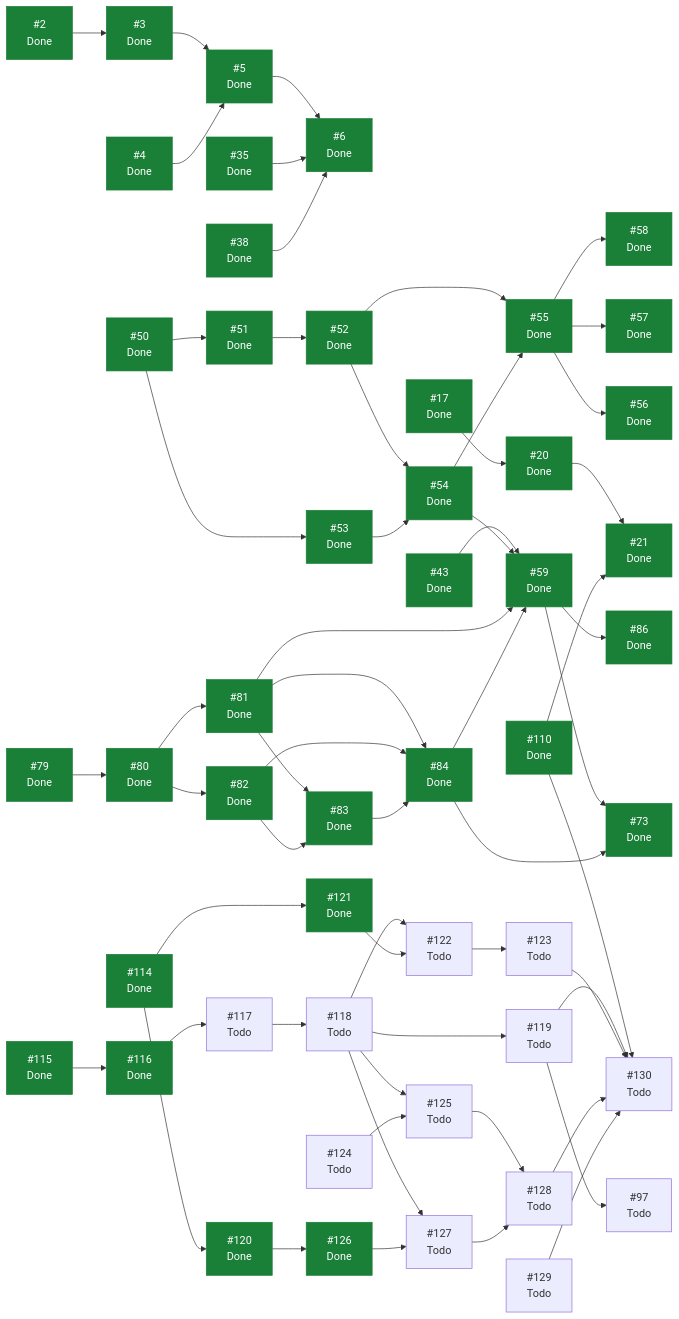
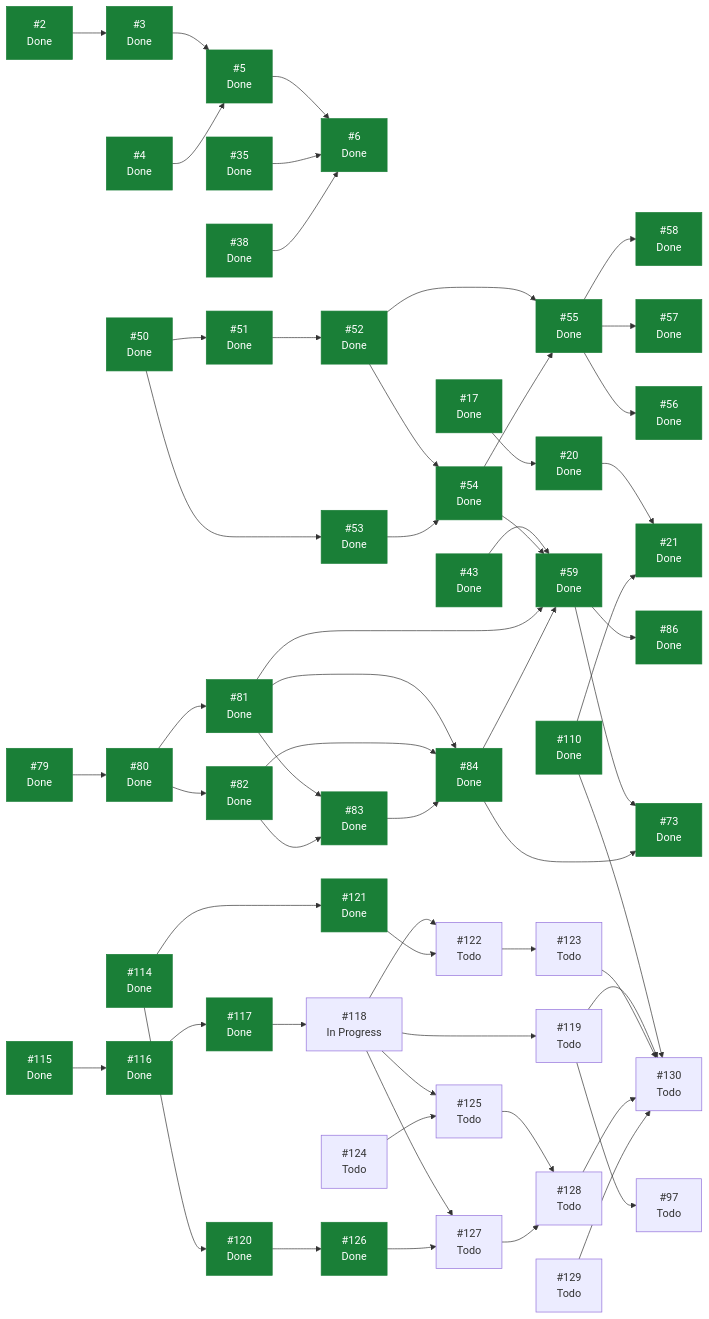
Before and after one commit to ecamp0s/evault: the diagram in docs/planning/STATUS.md, drawn with Mermaid. The commit also changed other lines of this file, not shown here.

````diff
--- a/docs/planning/STATUS.md
+++ b/docs/planning/STATUS.md
@@ -168,8 +168,8 @@
   I114["#114<br/>Done"]
   I115["#115<br/>Done"]
   I116["#116<br/>Done"]
-  I117["#117<br/>Todo"]
-  I118["#118<br/>Todo"]
+  I117["#117<br/>Done"]
+  I118["#118<br/>In Progress"]
   I119["#119<br/>Todo"]
   I120["#120<br/>Done"]
   I121["#121<br/>Done"]
@@ -239,5 +239,5 @@
   I128 --> I130
   I129 --> I130
   classDef hecho fill:#1a7f37,stroke:#1a7f37,color:#fff;
-  class I2,I3,I4,I5,I6,I17,I20,I21,I35,I38,I43,I50,I51,I52,I53,I54,I55,I56,I57,I58,I59,I73,I79,I80,I81,I82,I83,I84,I86,I110,I114,I115,I116,I120,I121,I126 hecho;
+  class I2,I3,I4,I5,I6,I17,I20,I21,I35,I38,I43,I50,I51,I52,I53,I54,I55,I56,I57,I58,I59,I73,I79,I80,I81,I82,I83,I84,I86,I110,I114,I115,I116,I117,I120,I121,I126 hecho;
 ```
````
